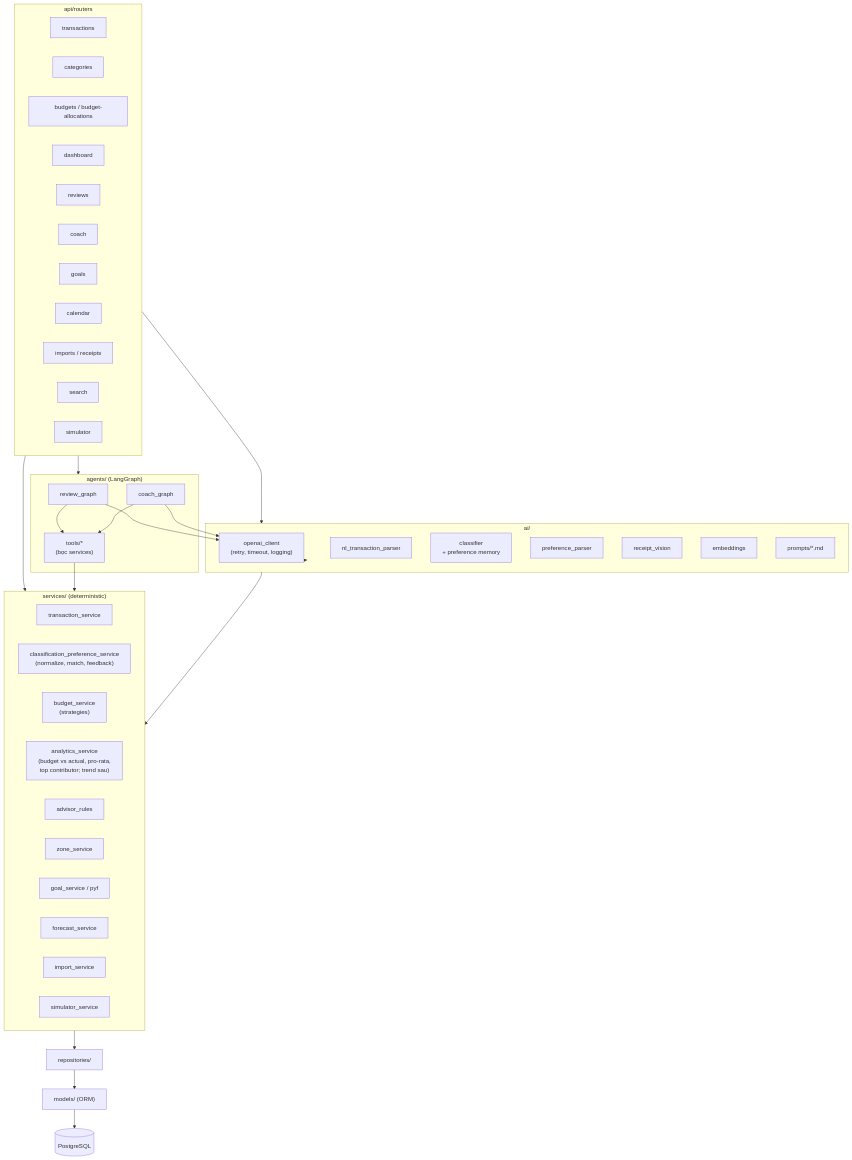
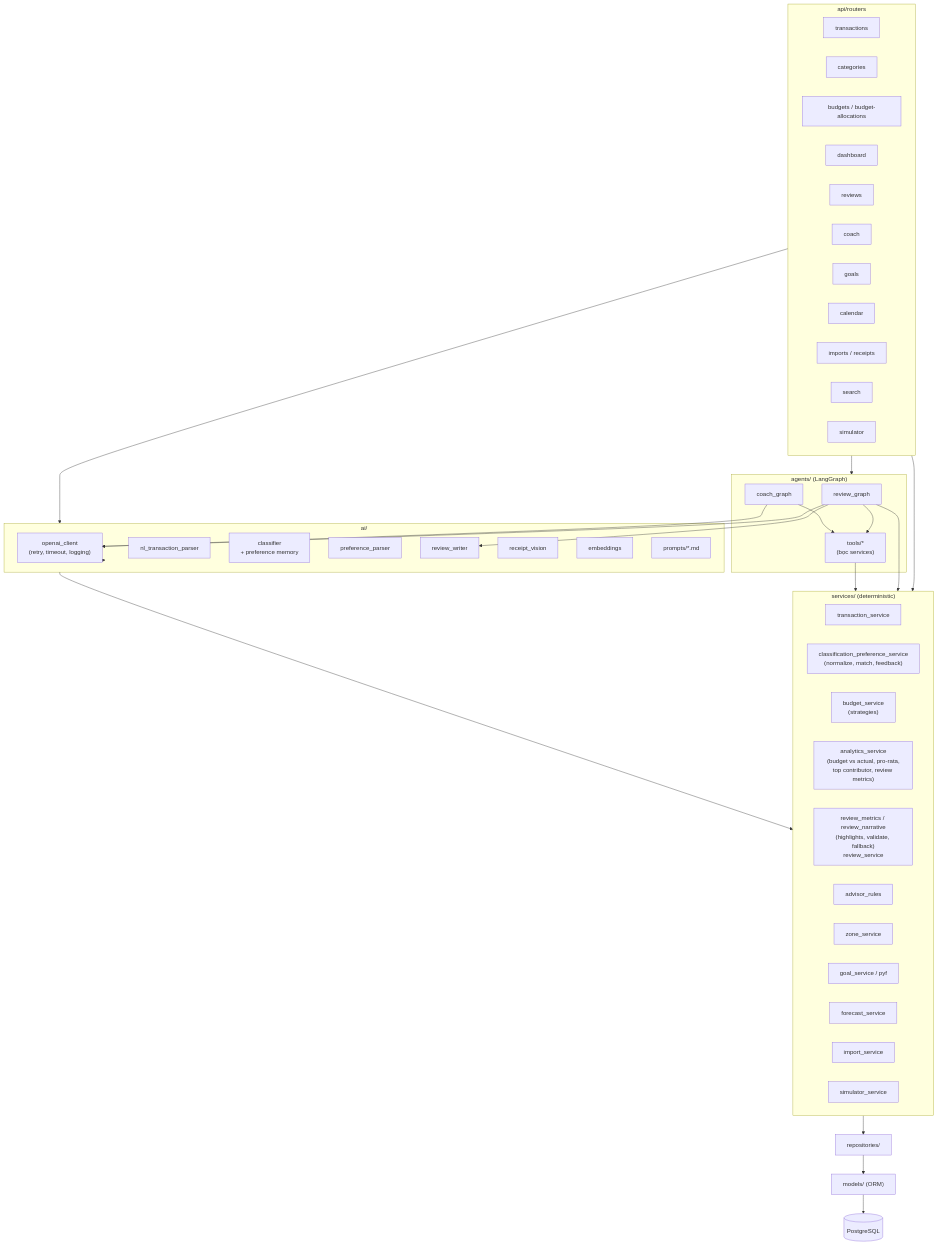
The diagram in docs/architecture/backend-components.md (dangbh96/AI-personal-finance-assistant), drawn with Mermaid before and after one commit. The commit also changed other lines of this file and 43 other files, not shown here.

````diff
--- a/docs/architecture/backend-components.md
+++ b/docs/architecture/backend-components.md
@@ -5,61 +5,65 @@
 ```mermaid
 flowchart TB
     subgraph api ["api/routers"]
         r_tx["transactions"]
         r_cat["categories"]
         r_budget["budgets / budget-allocations"]
         r_dash["dashboard"]
         r_review["reviews"]
         r_coach["coach"]
         r_goal["goals"]
         r_cal["calendar"]
         r_imp["imports / receipts"]
         r_search["search"]
         r_sim["simulator"]
     end
 
     subgraph ai ["ai/"]
         client["openai_client<br/>(retry, timeout, logging)"]
         nlp["nl_transaction_parser"]
         cls["classifier<br/>+ preference memory"]
         pref["preference_parser"]
+        rw["review_writer"]
         vis["receipt_vision"]
         emb["embeddings"]
         prompts["prompts/*.md"]
     end
 
     subgraph agents ["agents/ (LangGraph)"]
         g_review["review_graph"]
         g_coach["coach_graph"]
         tools["tools/*<br/>(bọc services)"]
     end
 
     subgraph services ["services/ (deterministic)"]
         s_tx["transaction_service"]
         s_pref["classification_preference_service<br/>(normalize, match, feedback)"]
         s_budget["budget_service<br/>(strategies)"]
-        s_analytics["analytics_service<br/>(budget vs actual, pro-rata,<br/>top contributor; trend sau)"]
+        s_analytics["analytics_service<br/>(budget vs actual, pro-rata,<br/>top contributor, review metrics)"]
+        s_review["review_metrics / review_narrative<br/>(highlights, validate, fallback)<br/>review_service"]
         s_advisor["advisor_rules"]
         s_zone["zone_service"]
         s_goal["goal_service / pyf"]
         s_fc["forecast_service"]
         s_imp["import_service"]
         s_sim["simulator_service"]
     end
 
     repos["repositories/"]
     models["models/ (ORM)"]
     db[("PostgreSQL")]
 
     api --> services
     api --> ai
     api --> agents
     g_review --> tools
+    g_review --> services
+    g_review --> rw
     g_coach --> tools
     tools --> services
     g_review --> client
     g_coach --> client
     ai --> client
     ai --> services
     services --> repos --> models --> db
 ```
````
